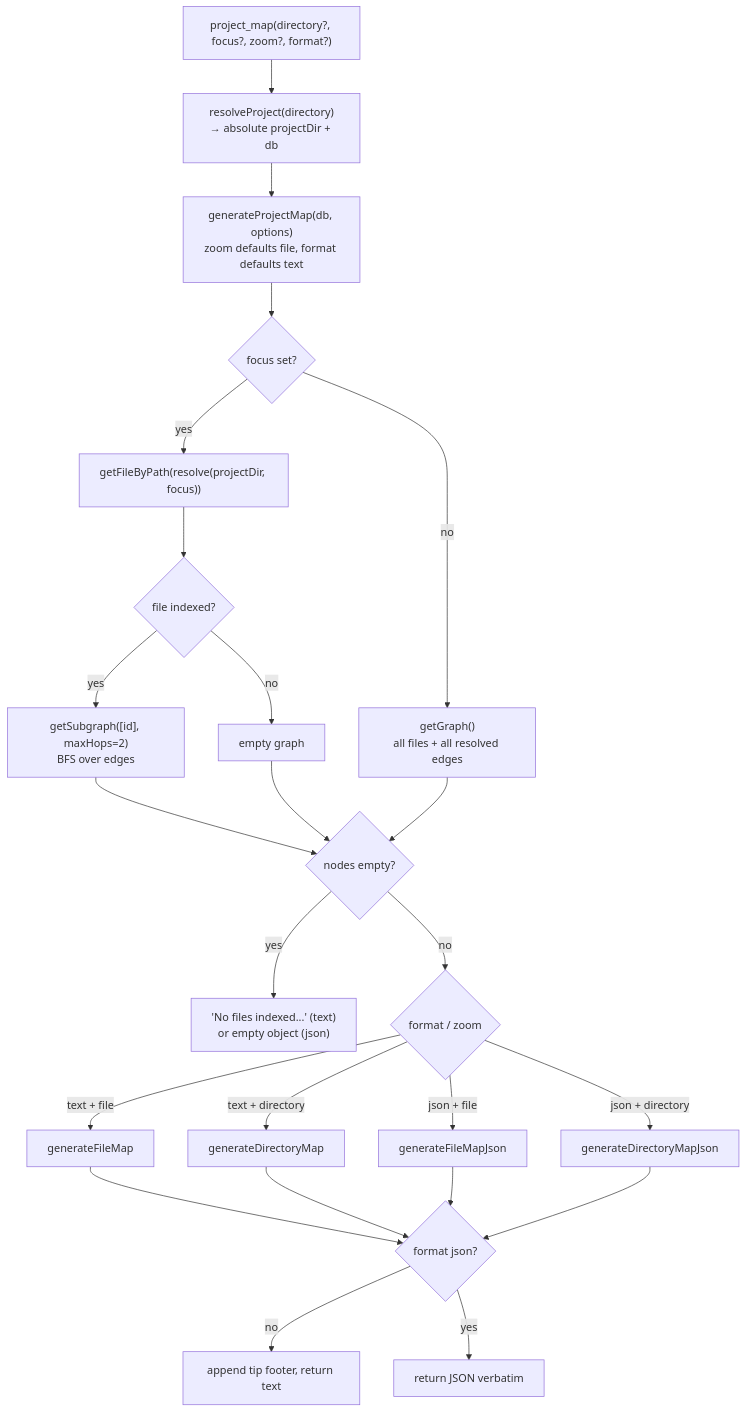
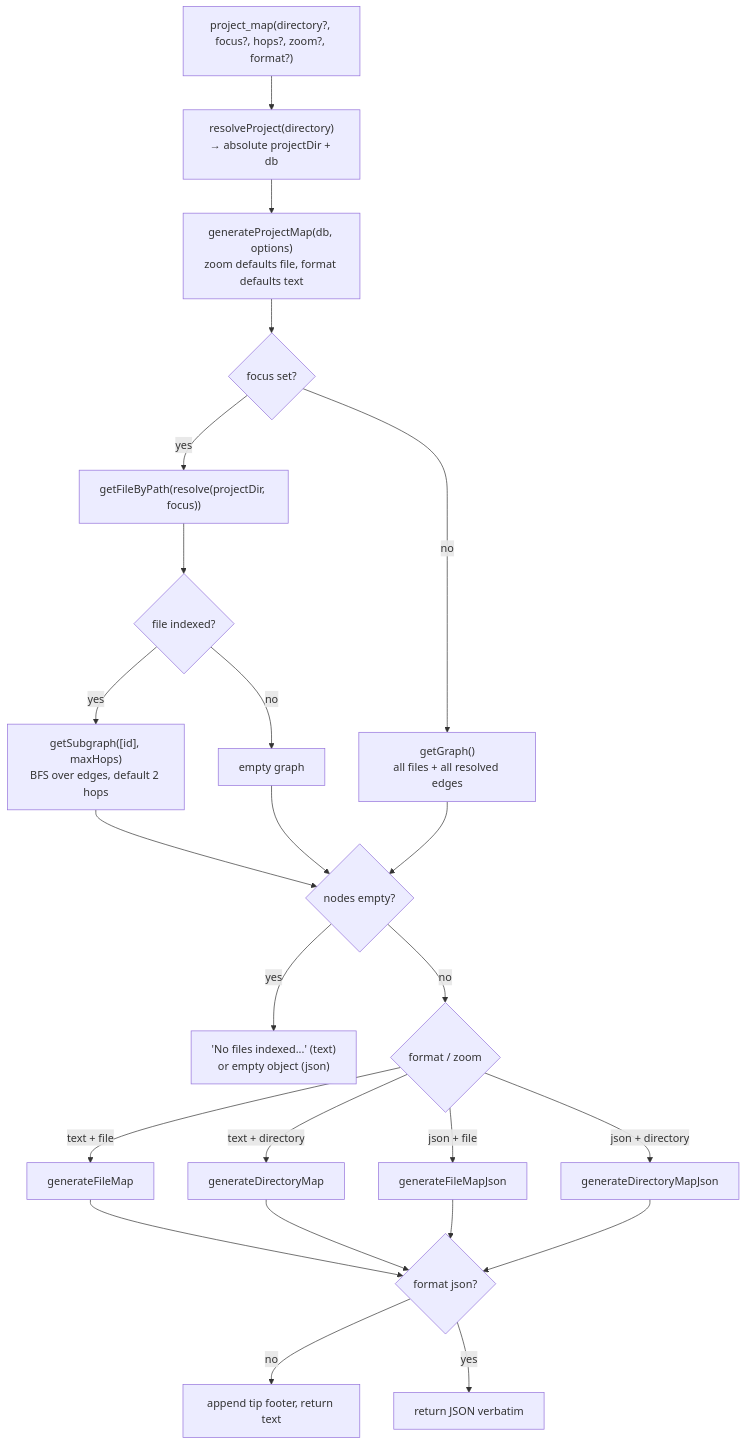
The diagram in wiki/tools/project-map.md (TheWinci/mimirs), drawn with Mermaid before and after one commit. The commit also changed other lines of this file and 58 other files, not shown here.

````diff
--- a/wiki/tools/project-map.md
+++ b/wiki/tools/project-map.md
@@ -26,26 +26,26 @@
 ```mermaid
 flowchart TD
-    callIn["project_map(directory?, focus?, zoom?, format?)"] --> resolveDir["resolveProject(directory)<br>→ absolute projectDir + db"]
+    callIn["project_map(directory?, focus?, hops?, zoom?, format?)"] --> resolveDir["resolveProject(directory)<br>→ absolute projectDir + db"]
     resolveDir --> genMap["generateProjectMap(db, options)<br>zoom defaults file, format defaults text"]
     genMap --> hasFocus{"focus set?"}
     hasFocus -->|yes| lookup["getFileByPath(resolve(projectDir, focus))"]
     lookup --> found{"file indexed?"}
-    found -->|yes| subgraph2["getSubgraph([id], maxHops=2)<br>BFS over edges"]
+    found -->|yes| subgraphNode["getSubgraph([id], maxHops)<br>BFS over edges, default 2 hops"]
     found -->|no| emptyGraph["empty graph"]
     hasFocus -->|no| whole["getGraph()<br>all files + all resolved edges"]
-    subgraph2 --> emptyCheck{"nodes empty?"}
+    subgraphNode --> emptyCheck{"nodes empty?"}
     whole --> emptyCheck
     emptyGraph --> emptyCheck
     emptyCheck -->|yes| emptyOut["'No files indexed...' (text)<br>or empty object (json)"]
     emptyCheck -->|no| pickFmt{"format / zoom"}
     pickFmt -->|text + file| fileMap["generateFileMap"]
     pickFmt -->|text + directory| dirMap["generateDirectoryMap"]
     pickFmt -->|json + file| fileJson["generateFileMapJson"]
     pickFmt -->|json + directory| dirJson["generateDirectoryMapJson"]
     fileMap --> footerDecide{"format json?"}
     dirMap --> footerDecide
     fileJson --> footerDecide
     dirJson --> footerDecide
     footerDecide -->|no| addFooter["append tip footer, return text"]
     footerDecide -->|yes| rawReturn["return JSON verbatim"]
 ```
````
